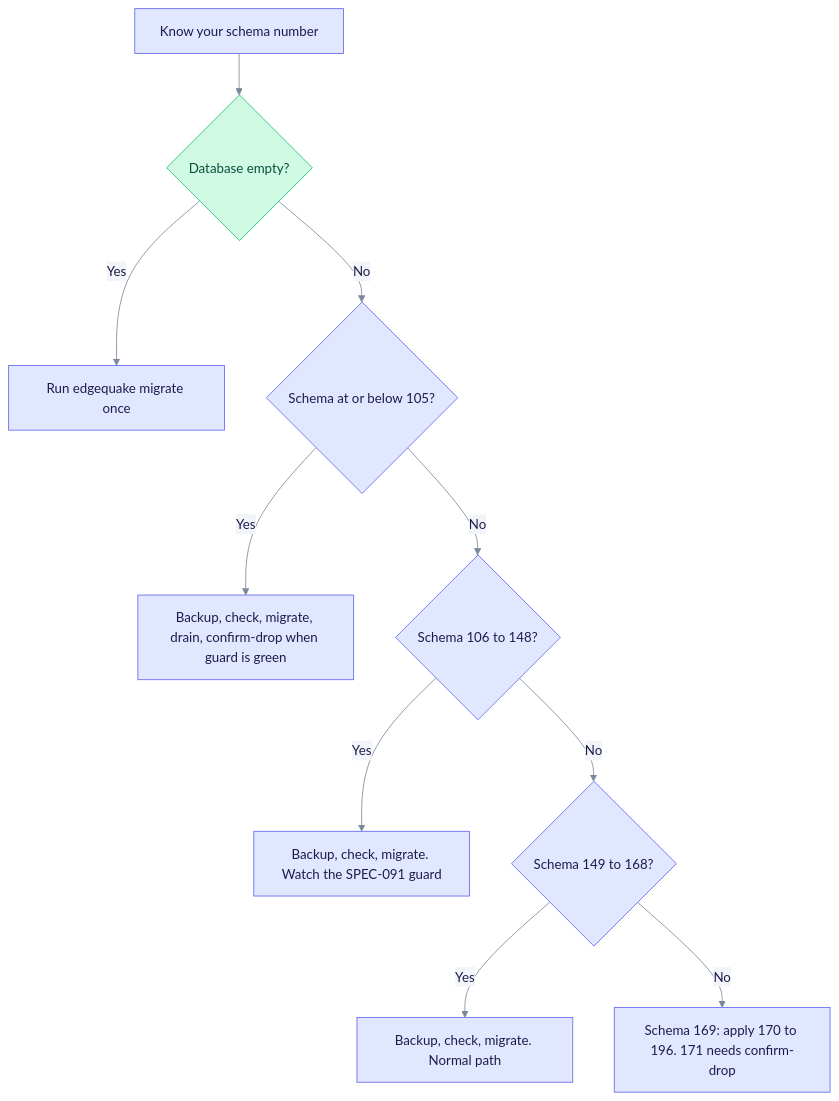
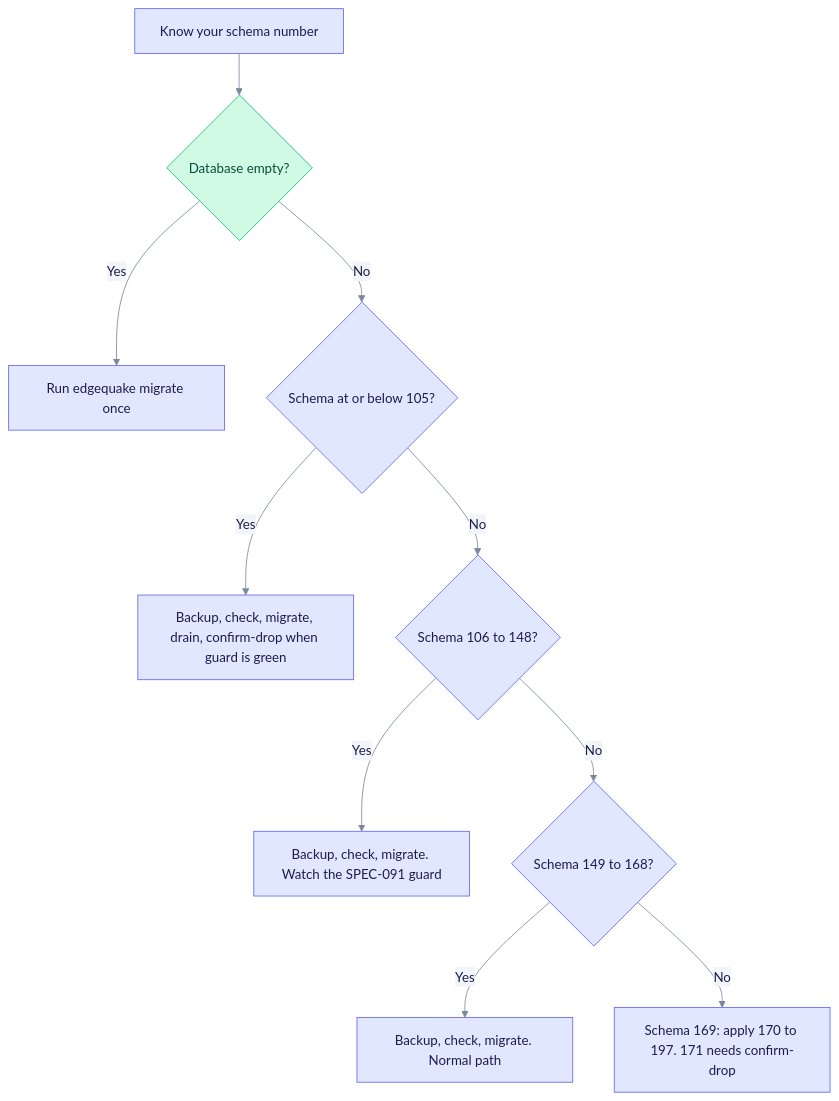
The first of 3 diagrams in docs/operations/upgrading.md (YatchiYa/edgequake), drawn with Mermaid before and after one commit. The commit also changed other lines of this file and 21 other files, not shown here.

````diff
--- a/docs/operations/upgrading.md
+++ b/docs/operations/upgrading.md
@@ -24,17 +24,17 @@
 ```mermaid
 %%{init: {"theme":"base","themeVariables":{"primaryColor":"#E0E7FF","primaryBorderColor":"#6366F1","primaryTextColor":"#1E1B4B","secondaryColor":"#D1FAE5","secondaryBorderColor":"#10B981","secondaryTextColor":"#064E3B","tertiaryColor":"#FEF3C7","tertiaryBorderColor":"#F59E0B","tertiaryTextColor":"#6B7A90","lineColor":"#7A889C","clusterBkg":"rgba(99,102,241,0.07)","clusterBorder":"#A5B4FC","noteBkgColor":"#FEF9C3","noteTextColor":"#422006","textColor":"#6B7A90","titleColor":"#6B7A90","signalColor":"#7A889C","signalTextColor":"#6B7A90","loopTextColor":"#6B7A90","edgeLabelBackground":"#F1F5F9","actorLineColor":"#94A3B8"}}}%%
 %% eq-theme:v1
 flowchart TD
   A["Know your schema number"] --> B{"Database empty?"}
   B -->|Yes| C["Run edgequake migrate once"]
   B -->|No| D{"Schema at or below 105?"}
   D -->|Yes| E["Backup, check, migrate, drain, confirm-drop when guard is green"]
   D -->|No| F{"Schema 106 to 148?"}
   F -->|Yes| G["Backup, check, migrate. Watch the SPEC-091 guard"]
   F -->|No| H{"Schema 149 to 168?"}
   H -->|Yes| I["Backup, check, migrate. Normal path"]
-  H -->|No| J["Schema 169: apply 170 to 196. 171 needs confirm-drop"]
+  H -->|No| J["Schema 169: apply 170 to 197. 171 needs confirm-drop"]
 %% eq-classes
 classDef eqStore fill:#D1FAE5,stroke:#10B981,color:#064E3B
 class B eqStore
 ```
````
